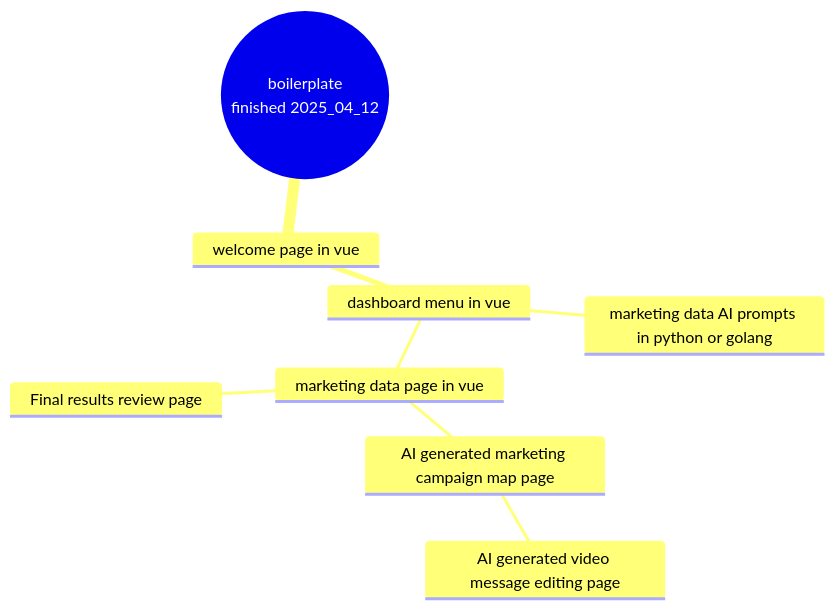
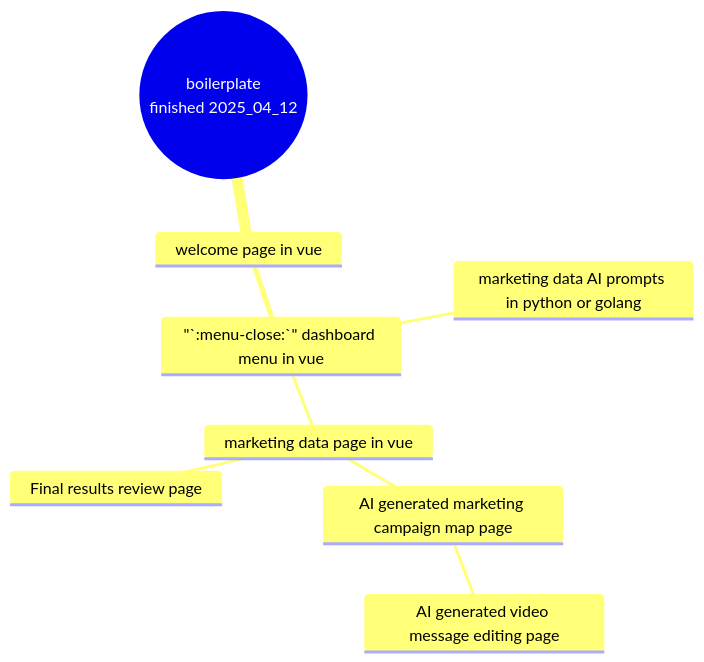
One commit to joncherry/sideralis changed the diagram in Internal_Documentation/design/20250417_project_growth_plan.md. Above: the diagram before and after it, drawn with Mermaid. The commit also changed other lines of this file, not shown here.

Commit message:
add mermaid chart for project planning

````diff
--- a/Internal_Documentation/design/20250417_project_growth_plan.md
+++ b/Internal_Documentation/design/20250417_project_growth_plan.md
@@ -1,14 +3,13 @@
 ```mermaid
 mindmap
   root((boilerplate
   finished 2025_04_12))
     welcome page in vue
-      dashboard menu in vue
-      ::icon(fa fa-book)
+      "`:menu-close:`" dashboard menu in vue
         marketing data AI prompts in python or golang
         marketing data page in vue
             AI generated marketing campaign map page
                 AI generated video message editing page
             Final results review page
 
 ```
````
